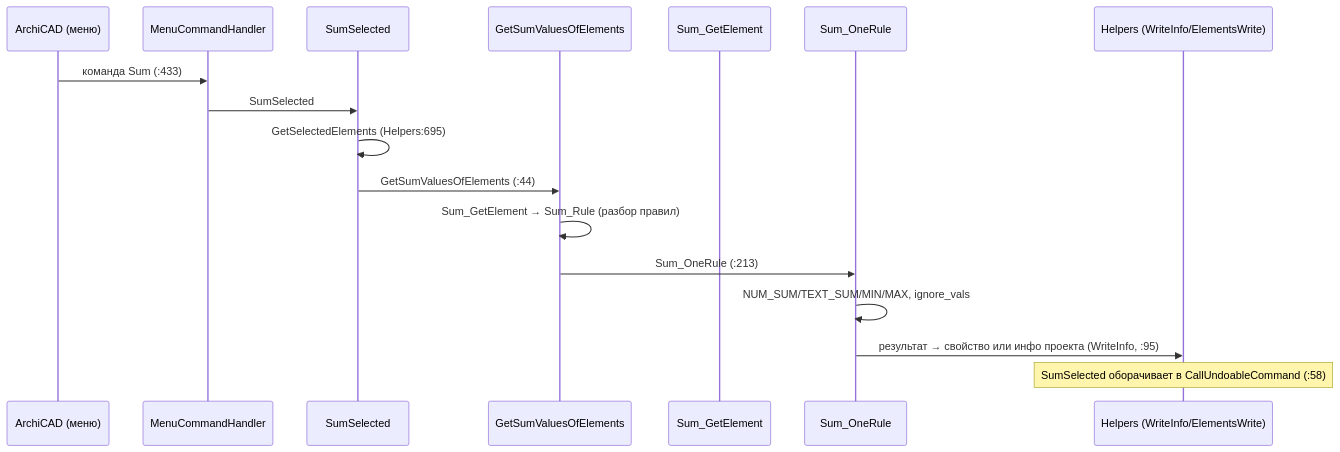
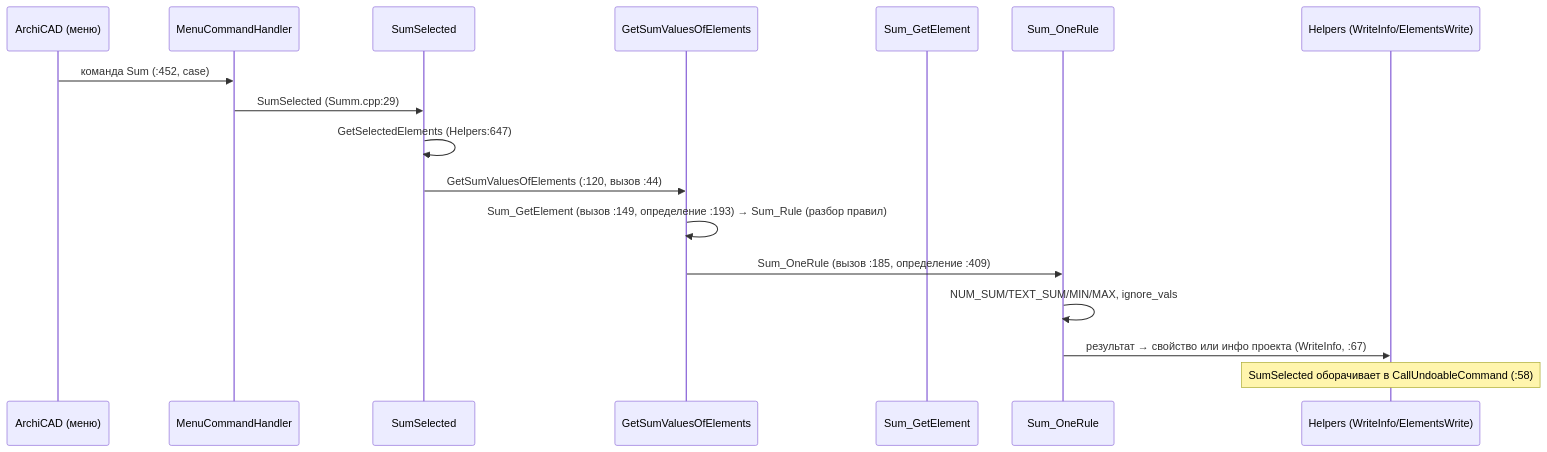
Before and after one commit to kuvbur/AddOn_SomeStuff: the fifth of 11 diagrams in Docs/SEQUENCES.md, drawn with Mermaid. The commit also changed other lines of this file and 122 other files, not shown here.

````diff
--- a/Docs/SEQUENCES.md
+++ b/Docs/SEQUENCES.md
@@ -109,20 +112,20 @@
 ```mermaid
 sequenceDiagram
     participant UI as ArchiCAD (меню)
     participant Main as MenuCommandHandler
     participant SS as SumSelected
     participant GSV as GetSumValuesOfElements
     participant SGE as Sum_GetElement
     participant SOR as Sum_OneRule
     participant H as Helpers (WriteInfo/ElementsWrite)
 
-    UI->>Main: команда Sum (:433)
-    Main->>SS: SumSelected
-    SS->>SS: GetSelectedElements (Helpers:695)
-    SS->>GSV: GetSumValuesOfElements (:44)
-    GSV->>GSV: Sum_GetElement → Sum_Rule (разбор правил)
-    GSV->>SOR: Sum_OneRule (:213)
+    UI->>Main: команда Sum (:452, case)
+    Main->>SS: SumSelected (Summ.cpp:29)
+    SS->>SS: GetSelectedElements (Helpers:647)
+    SS->>GSV: GetSumValuesOfElements (:120, вызов :44)
+    GSV->>GSV: Sum_GetElement (вызов :149, определение :193) → Sum_Rule (разбор правил)
+    GSV->>SOR: Sum_OneRule (вызов :185, определение :409)
     SOR->>SOR: NUM_SUM/TEXT_SUM/MIN/MAX, ignore_vals
-    SOR->>H: результат → свойство или инфо проекта (WriteInfo, :95)
+    SOR->>H: результат → свойство или инфо проекта (WriteInfo, :67)
     Note over H: SumSelected оборачивает в CallUndoableCommand (:58)
 ```
````
